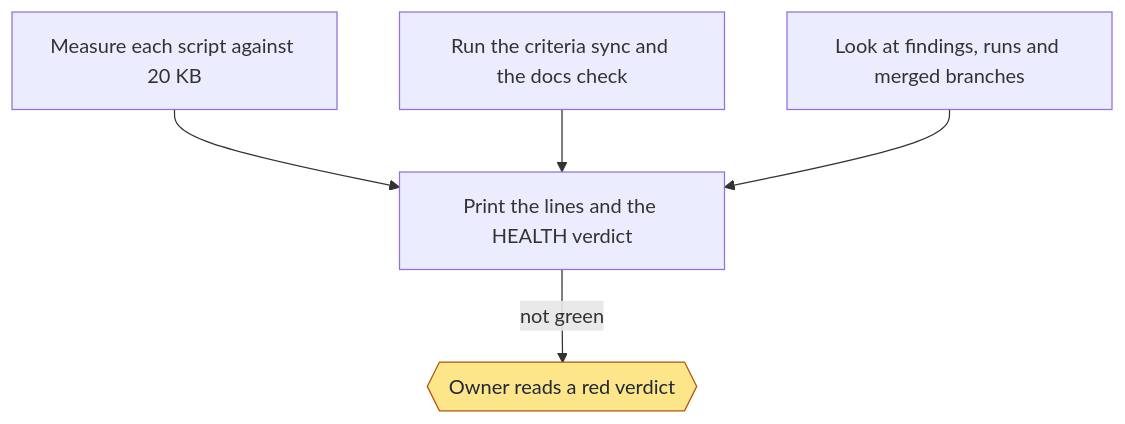
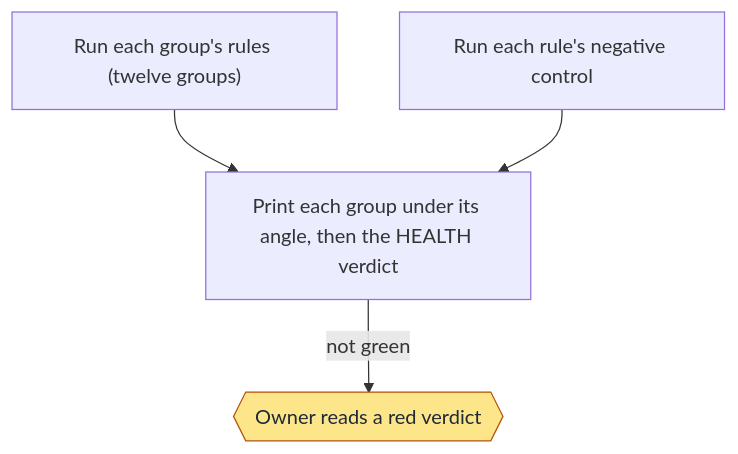
One commit to jcl2018/agent-workflow-template changed the first of 4 diagrams in skills/workflow-health/references/commands.md. Above: the diagram before and after it, drawn with Mermaid. The commit also changed other lines of this file and 14 other files, not shown here.

Commit message:
health-prd: feature milestones, links, evidence hash and old-key migration (file.py, feature.py); review.py with verified evidence; triage.py; commands.py; judge cause names stdout and stderr (158); docs for twelve groups (159); test-health-prd.sh

````diff
--- a/skills/workflow-health/references/commands.md
+++ b/skills/workflow-health/references/commands.md
@@ -69,14 +99,12 @@
 ```mermaid
 flowchart TD
-  a["Measure each script against 20 KB"]
-  b["Run the criteria sync and the docs check"]
-  c["Look at findings, runs and merged branches"]
-  d["Print the lines and the HEALTH verdict"]
+  a["Run each group's rules (twelve groups)"]
+  b["Run each rule's negative control"]
+  c["Print each group under its angle, then the HEALTH verdict"]
   e{{"Owner reads a red verdict"}}
-  a --> d
-  b --> d
-  c --> d
-  d -->|not green| e
+  a --> c
+  b --> c
+  c -->|not green| e
   classDef owner fill:#fde68a,stroke:#b45309,color:#1f2937
   class e owner
 ```
````
